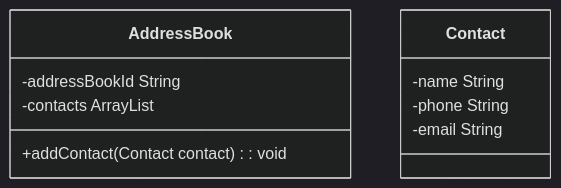
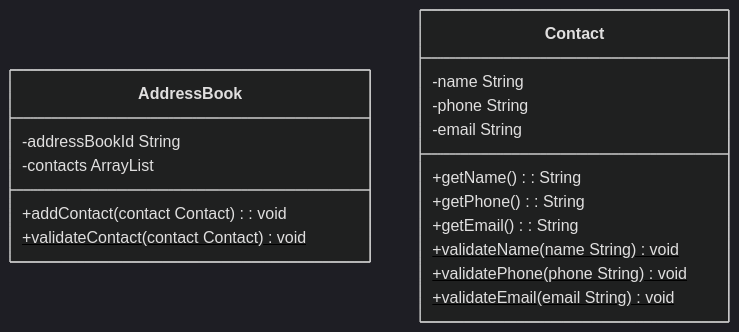
The diagram in docs/domain-models-test-plan.md (lokszechung/digital-futures-address-book-challenge), drawn with Mermaid (dark theme) before and after one commit. The commit also changed other lines of this file and 2 other files, not shown here.

Commit message:
Tests for addContact

````diff
--- a/docs/domain-models-test-plan.md
+++ b/docs/domain-models-test-plan.md
@@ -45,13 +49,20 @@
 ```mermaid
 classDiagram
     class AddressBook {
         -addressBookId String
         -contacts ArrayList<Contact>
-        +addContact(Contact contact): void
+        +addContact(contact Contact): void
+        +validateContact(contact Contact)$ void
     }
     class Contact {
         -name String
         -phone String
         -email String
+        +getName(): String
+        +getPhone(): String
+        +getEmail(): String
+        +validateName(name String)$ void
+        +validatePhone(phone String)$ void
+        +validateEmail(email String)$ void
     }
 ```
````
